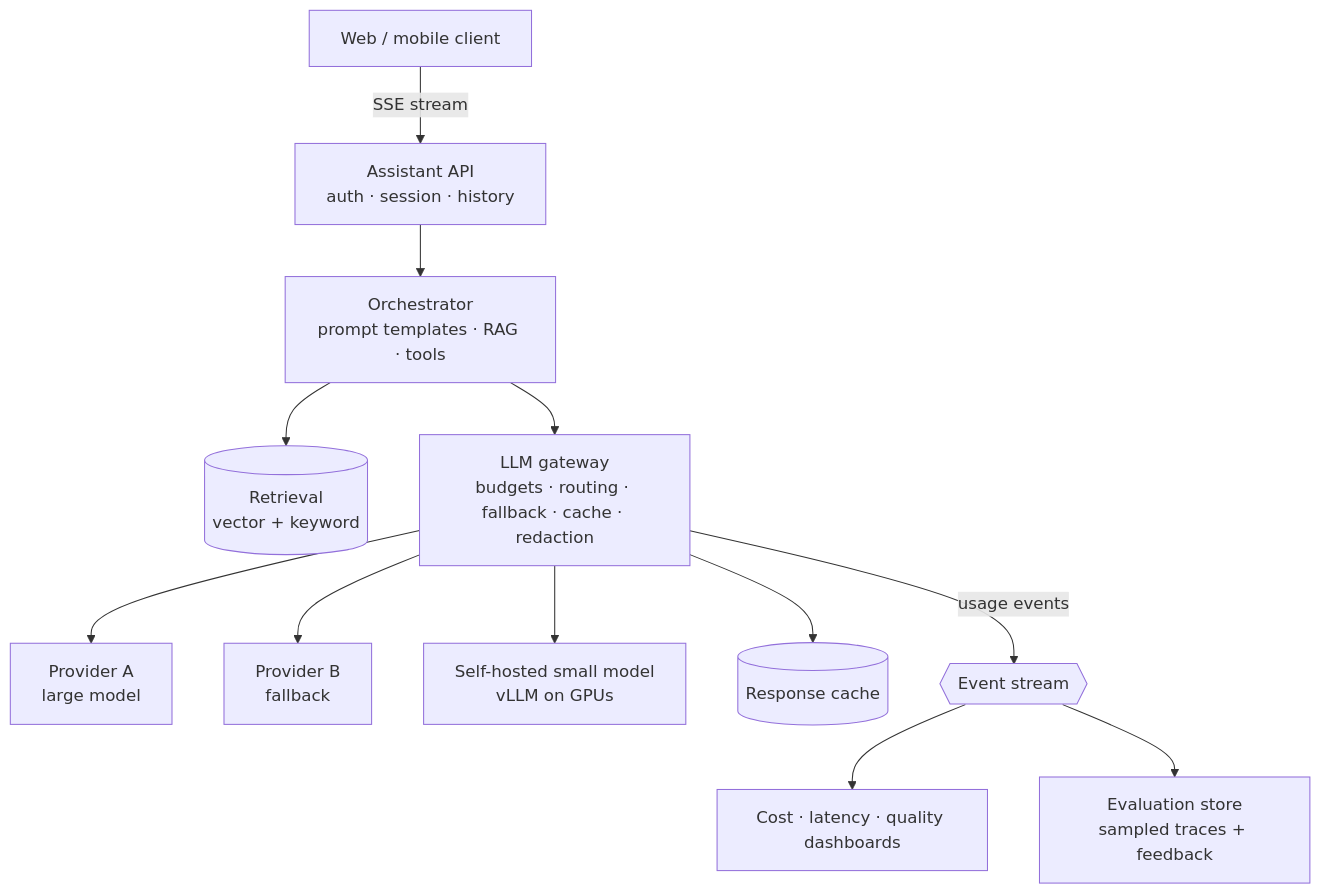
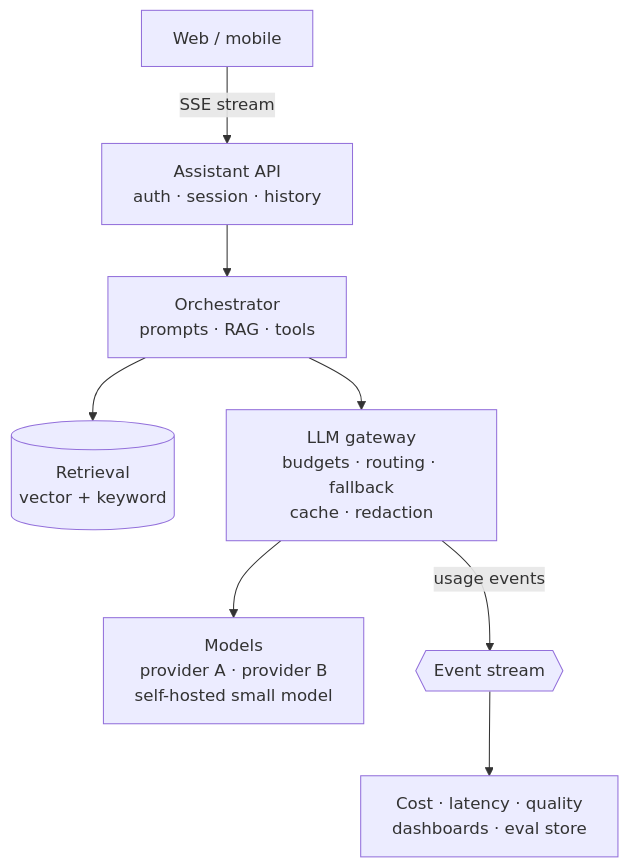
One commit to dhaval-76/engineering-field-guide changed the diagram in src/content/topics/ai-engineering/llm-system-design/diagrams/llm-platform.mmd. Above: the diagram before and after it, drawn with Mermaid. The commit also changed 21 other files, not shown here.

Commit message:
Every diagram now fits a phone: decision flows became DecisionGuides, thread states redrawn, remaining flowcharts narrowed

```diff
--- a/src/content/topics/ai-engineering/llm-system-design/diagrams/llm-platform.mmd
+++ b/src/content/topics/ai-engineering/llm-system-design/diagrams/llm-platform.mmd
@@ -1,12 +1,8 @@
 flowchart TD
-  U[Web / mobile client] -- SSE stream --> API[Assistant API<br/>auth · session · history]
-  API --> ORC[Orchestrator<br/>prompt templates · RAG · tools]
+  U[Web / mobile] -- SSE stream --> API[Assistant API<br/>auth · session · history]
+  API --> ORC[Orchestrator<br/>prompts · RAG · tools]
   ORC --> RET[(Retrieval<br/>vector + keyword)]
-  ORC --> GW[LLM gateway<br/>budgets · routing · fallback · cache · redaction]
-  GW --> P1[Provider A<br/>large model]
-  GW --> P2[Provider B<br/>fallback]
-  GW --> SH[Self-hosted small model<br/>vLLM on GPUs]
-  GW --> C[(Response cache)]
+  ORC --> GW[LLM gateway<br/>budgets · routing · fallback<br/>cache · redaction]
+  GW --> P[Models<br/>provider A · provider B<br/>self-hosted small model]
   GW -- usage events --> K{{Event stream}}
-  K --> OBS[Cost · latency · quality dashboards]
-  K --> EV[Evaluation store<br/>sampled traces + feedback]
+  K --> OBS[Cost · latency · quality<br/>dashboards · eval store]
```
